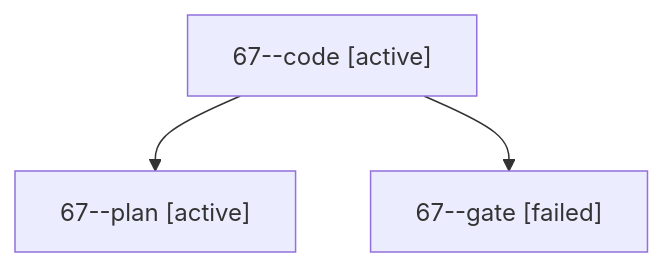
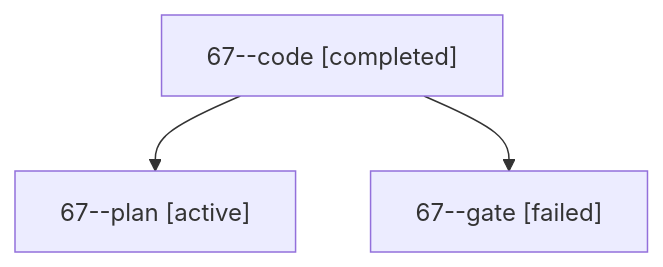
The diagram in sessions/bbugyi200.apollo.67.md (bobs-org/bob-cli--agents), drawn with Mermaid before and after one commit. The commit also changed other lines of this file and 46 other files, not shown here.

````diff
--- a/sessions/bbugyi200.apollo.67.md
+++ b/sessions/bbugyi200.apollo.67.md
@@ -9,8 +9,8 @@
 ```mermaid
 flowchart TD
-  n0["67--code [active]"]
+  n0["67--code [completed]"]
   n1["67--plan [active]"]
   n0 --> n1
   n2["67--gate [failed]"]
   n0 --> n2
 ```
````
